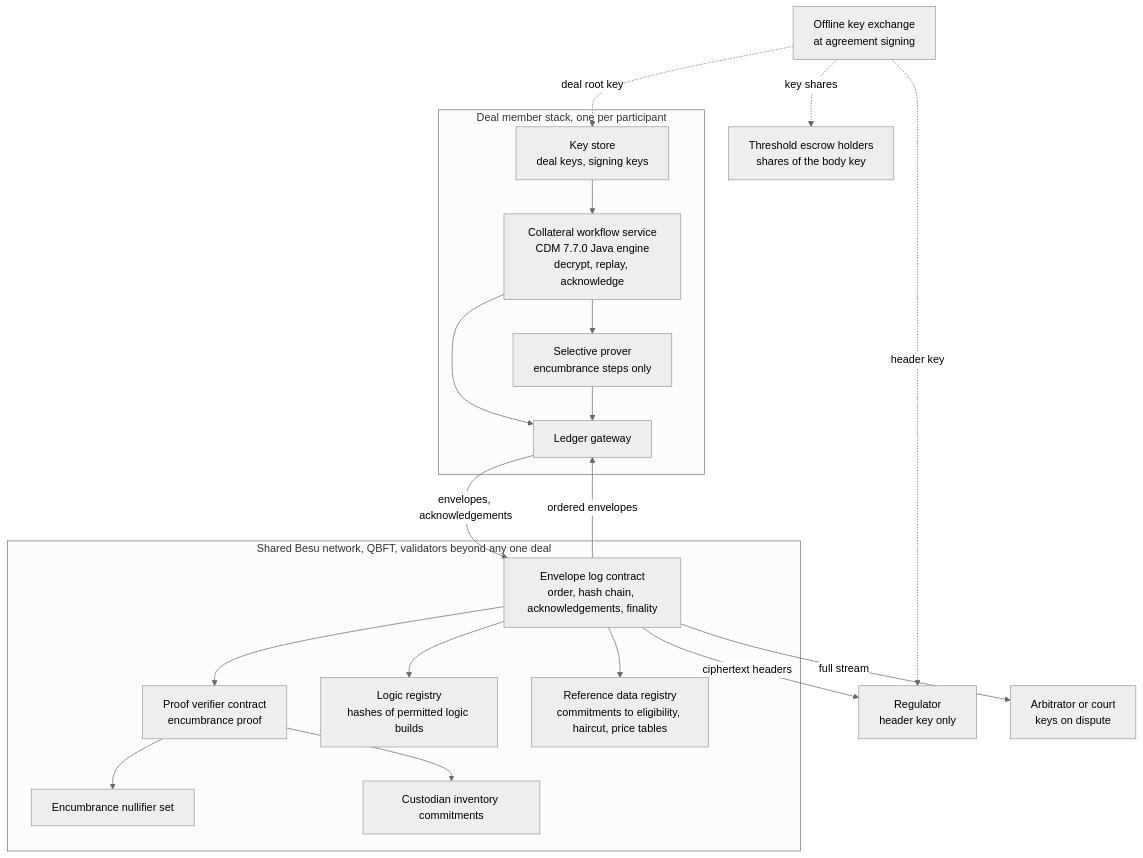
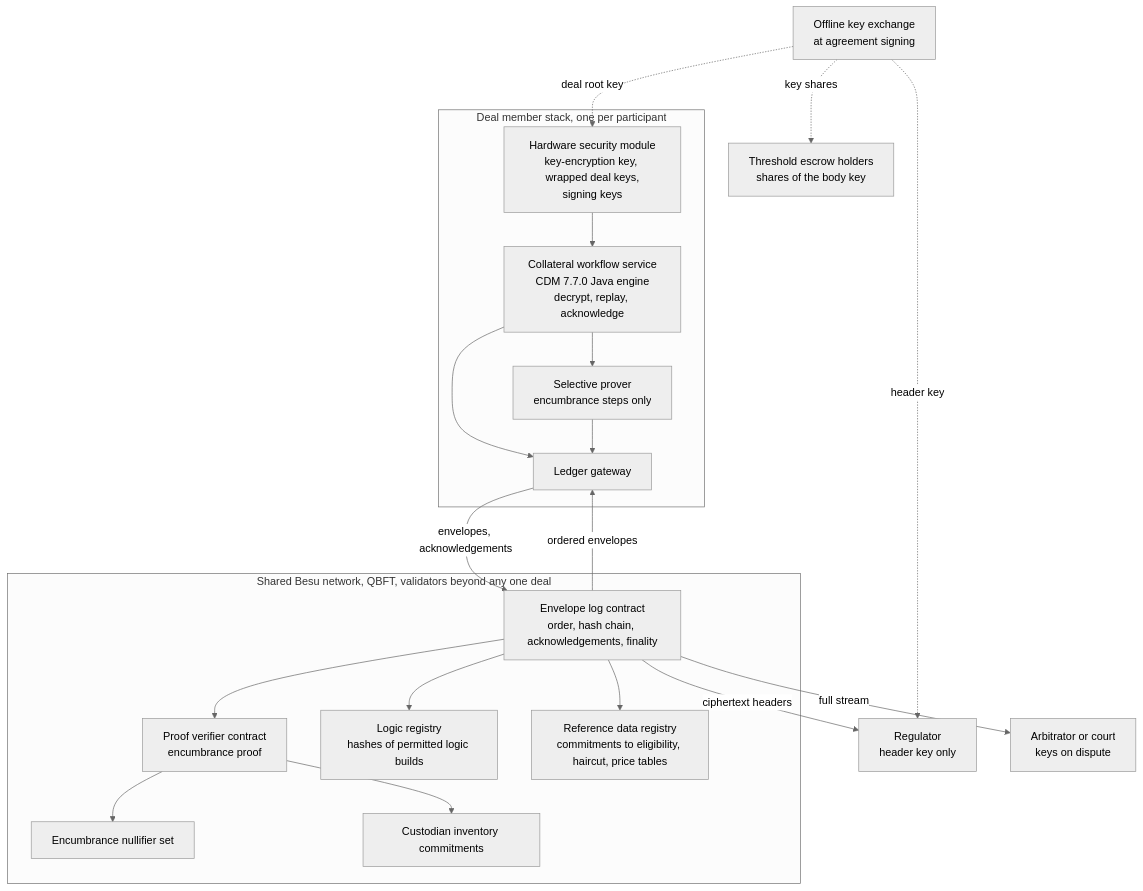
One commit to finos-hack/cdm-collateral changed the second of 10 diagrams in docs/architecture/onchain-privacy.md. Above: the diagram before and after it, drawn with Mermaid (neutral theme). The commit also changed other lines of this file, not shown here.

First line of the commit message:
docs: onchain-privacy sets one-business-day epoch keys derived inside the member HSM

````diff
--- a/docs/architecture/onchain-privacy.md
+++ b/docs/architecture/onchain-privacy.md
@@ -308,40 +308,40 @@
 ```mermaid
 flowchart TB
   subgraph memberA["Deal member stack, one per participant"]
     WS["Collateral workflow service<br/>CDM 7.7.0 Java engine<br/>decrypt, replay, acknowledge"]
     SP["Selective prover<br/>encumbrance steps only"]
-    KS["Key store<br/>deal keys, signing keys"]
+    KS["Hardware security module<br/>key-encryption key, wrapped deal keys,<br/>signing keys"]
     LG["Ledger gateway"]
     WS --> SP
     KS --> WS
     WS --> LG
     SP --> LG
   end
 
   subgraph chain["Shared Besu network, QBFT, validators beyond any one deal"]
     EL["Envelope log contract<br/>order, hash chain, acknowledgements, finality"]
     PV["Proof verifier contract<br/>encumbrance proof"]
     LR["Logic registry<br/>hashes of permitted logic builds"]
     RD["Reference data registry<br/>commitments to eligibility, haircut, price tables"]
     NS["Encumbrance nullifier set"]
     IC["Custodian inventory commitments"]
     EL --> PV
     EL --> LR
     EL --> RD
     PV --> NS
     PV --> IC
   end
 
   REG["Regulator<br/>header key only"]
   ARB["Arbitrator or court<br/>keys on dispute"]
   ESC["Threshold escrow holders<br/>shares of the body key"]
   OFF["Offline key exchange<br/>at agreement signing"]
 
   LG -- "envelopes, acknowledgements" --> EL
   EL -- "ordered envelopes" --> LG
   OFF -. "deal root key" .-> KS
   OFF -. "header key" .-> REG
   OFF -. "key shares" .-> ESC
   EL -- "ciphertext headers" --> REG
   EL -- "full stream" --> ARB
 ```
````
